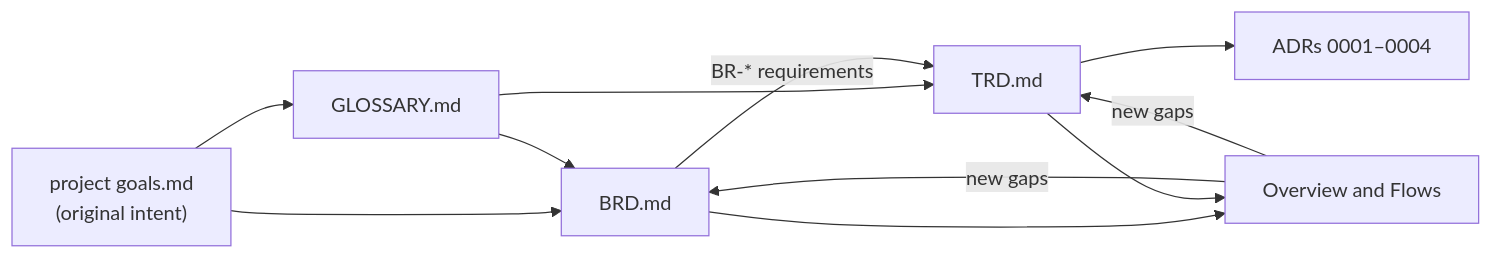
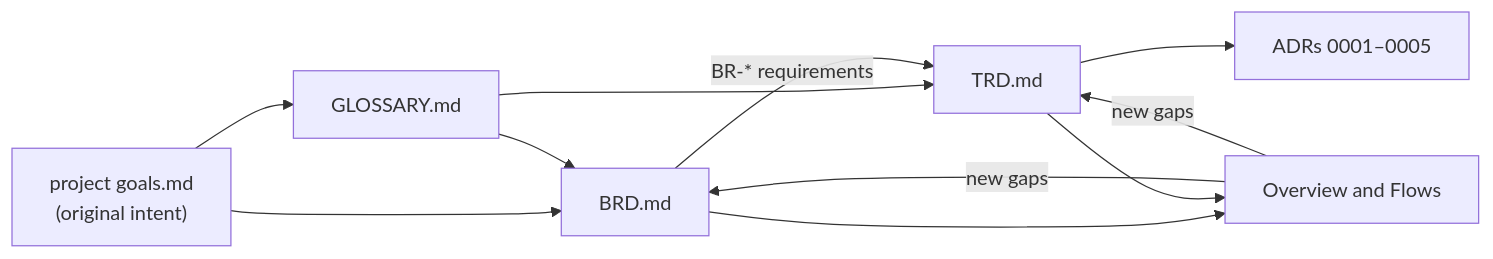
One commit to morpikssolutionsDev/Shusi_latte changed the first of 35 diagrams in docs/OVERVIEW-AND-FLOWS.md. Above: the diagram before and after it, drawn with Mermaid. The commit also changed other lines of this file and 105 other files, not shown here.

````diff
--- a/docs/OVERVIEW-AND-FLOWS.md
+++ b/docs/OVERVIEW-AND-FLOWS.md
@@ -29,13 +31,13 @@
 ```mermaid
 flowchart LR
   PG["project goals.md<br/>(original intent)"] --> GL[GLOSSARY.md]
   PG --> BRD[BRD.md]
   GL --> BRD
   GL --> TRD[TRD.md]
   BRD -->|"BR-* requirements"| TRD
-  TRD --> ADR["ADRs 0001–0004"]
+  TRD --> ADR["ADRs 0001–0005"]
   BRD --> FLOW[Overview and Flows]
   TRD --> FLOW
   FLOW -->|"new gaps"| BRD
   FLOW -->|"new gaps"| TRD
 ```
````
